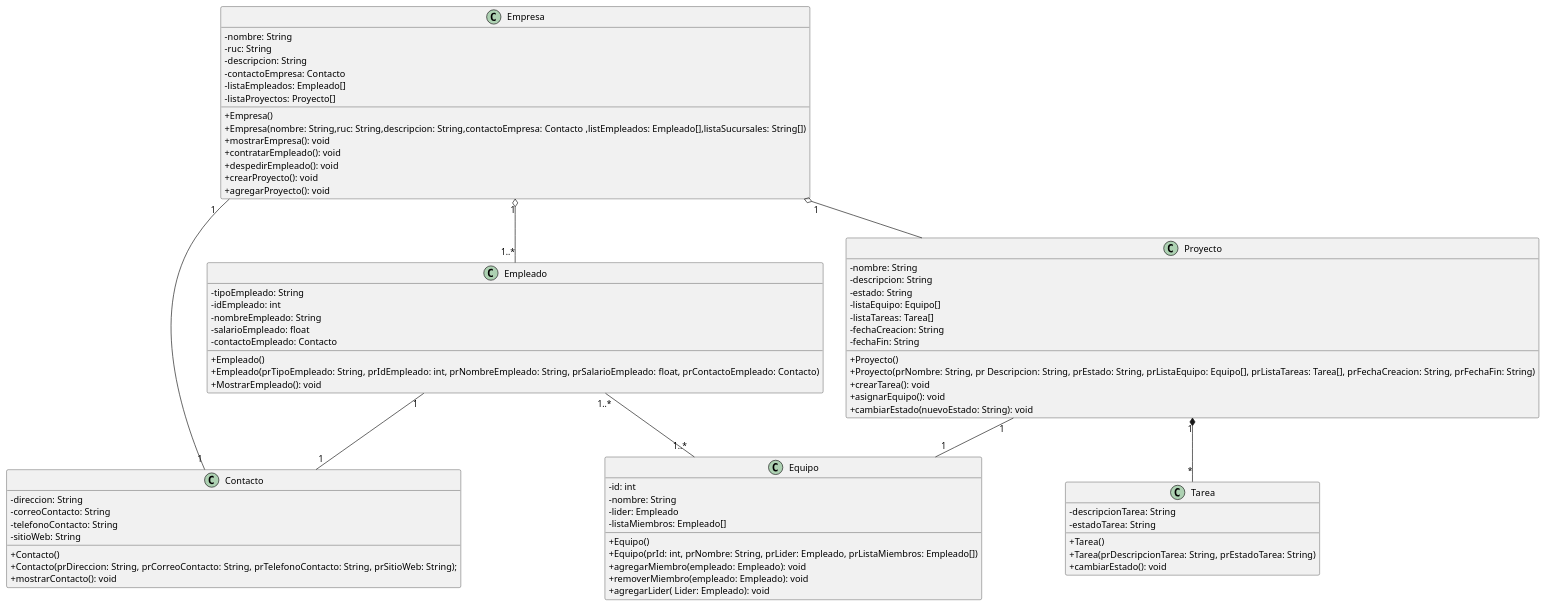
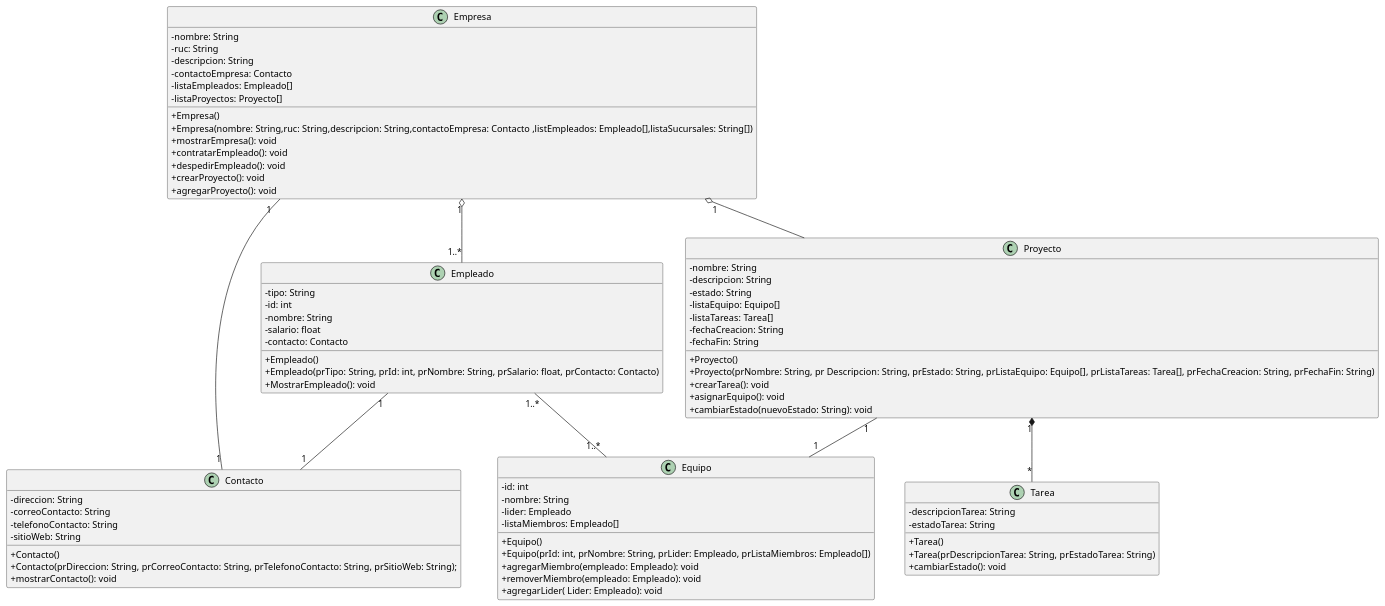
One commit to royfrankly/empresaurios changed the diagram in diagramaClass.puml. Above: the diagram before and after it, drawn with PlantUML.

Commit message:
change se quito empleado en los atributos

```diff
--- a/diagramaClass.puml
+++ b/diagramaClass.puml
@@ -1,88 +1,88 @@
 @startuml
 skinparam ClassAttributeIconSize 0
 class Empresa {
     -nombre: String
     -ruc: String
     -descripcion: String
     -contactoEmpresa: Contacto
     -listaEmpleados: Empleado[]
     -listaProyectos: Proyecto[]
 
     +Empresa()
     +Empresa(nombre: String,ruc: String,descripcion: String,contactoEmpresa: Contacto ,listEmpleados: Empleado[],listaSucursales: String[])
     +mostrarEmpresa(): void
     +contratarEmpleado(): void
     +despedirEmpleado(): void
     +crearProyecto(): void
     +agregarProyecto(): void 
     
 }
 
 class Empleado {
-    -tipoEmpleado: String
-    -idEmpleado: int
-    -nombreEmpleado: String
-    -salarioEmpleado: float
-    -contactoEmpleado: Contacto
+    -tipo: String
+    -id: int
+    -nombre: String
+    -salario: float
+    -contacto: Contacto
 
 
     +Empleado()
-    +Empleado(prTipoEmpleado: String, prIdEmpleado: int, prNombreEmpleado: String, prSalarioEmpleado: float, prContactoEmpleado: Contacto)
+    +Empleado(prTipo: String, prId: int, prNombre: String, prSalario: float, prContacto: Contacto)
     +MostrarEmpleado(): void
 }
 class Contacto{
     -direccion: String
     -correoContacto: String
     -telefonoContacto: String
     -sitioWeb: String
     
     +Contacto()
     +Contacto(prDireccion: String, prCorreoContacto: String, prTelefonoContacto: String, prSitioWeb: String);
     +mostrarContacto(): void
 }  
 
 class Proyecto {
     -nombre: String
     -descripcion: String
     -estado: String
     -listaEquipo: Equipo[]
     -listaTareas: Tarea[]
     -fechaCreacion: String
     -fechaFin: String
 
     +Proyecto()
     +Proyecto(prNombre: String, pr Descripcion: String, prEstado: String, prListaEquipo: Equipo[], prListaTareas: Tarea[], prFechaCreacion: String, prFechaFin: String)
     +crearTarea(): void
     +asignarEquipo(): void
     +cambiarEstado(nuevoEstado: String): void
 }
 
 class Equipo {
     -id: int
     -nombre: String
     -lider: Empleado
     -listaMiembros: Empleado[]
 
     +Equipo()
     +Equipo(prId: int, prNombre: String, prLider: Empleado, prListaMiembros: Empleado[])
     +agregarMiembro(empleado: Empleado): void
     +removerMiembro(empleado: Empleado): void
     +agregarLider( Lider: Empleado): void
 }
 Class Tarea {
     -descripcionTarea: String
     -estadoTarea: String
 
     +Tarea()
     +Tarea(prDescripcionTarea: String, prEstadoTarea: String)
     +cambiarEstado(): void
 
 }
 Empresa "1"-- "1" Contacto
 Empleado "1"--"1" Contacto
 Empresa "1" o--"1..*"Empleado 
 Empleado "1..*"--"1..*" Equipo
 Proyecto "1" --"1" Equipo
 Proyecto "1"*--"*" Tarea
 Empresa "1" o-- Proyecto
 @enduml
```
